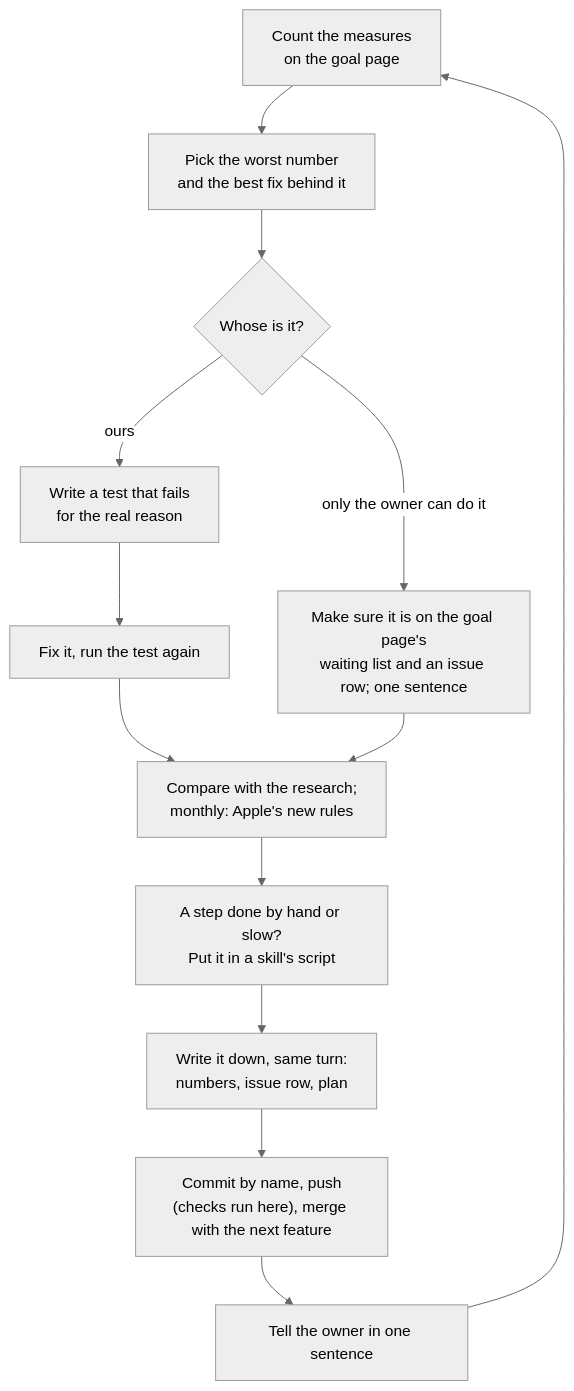
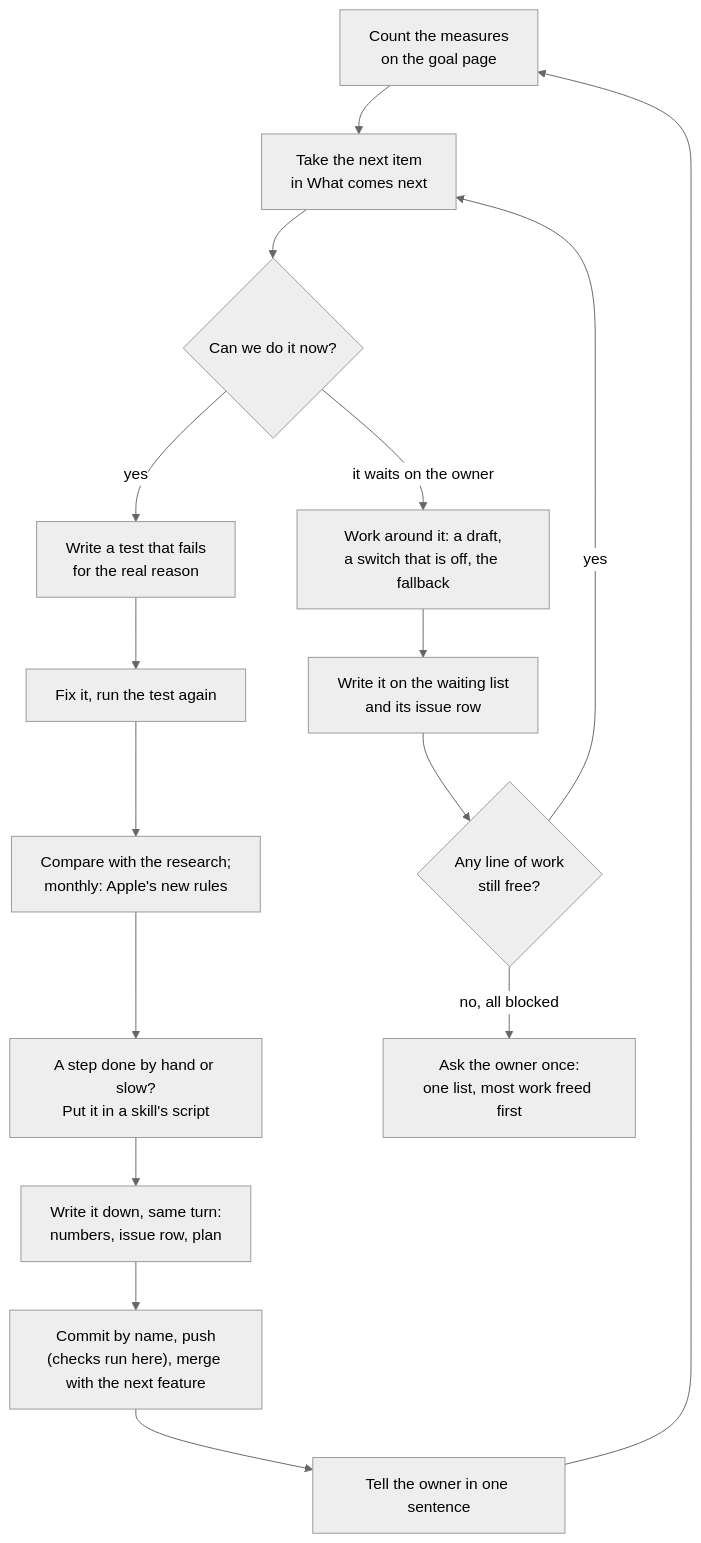
One commit to omars-lab/hifth changed the diagram in .claude/loop-prompts/operational-readiness.md. Above: the diagram before and after it, drawn with Mermaid (neutral theme). The commit also changed other lines of this file and 1 other file, not shown here.

First line of the commit message:
The launch goal says what is left by line of work, and where to start

````diff
--- a/.claude/loop-prompts/operational-readiness.md
+++ b/.claude/loop-prompts/operational-readiness.md
@@ -24,15 +36,18 @@
 ```mermaid
 flowchart TD
-  count["Count the measures<br/>on the goal page"] --> pick["Pick the worst number<br/>and the best fix behind it"]
-  pick --> kind{"Whose is it?"}
-  kind -- "ours" --> test["Write a test that fails<br/>for the real reason"]
+  count["Count the measures<br/>on the goal page"] --> pick["Take the next item<br/>in What comes next"]
+  pick --> kind{"Can we do it now?"}
+  kind -- "yes" --> test["Write a test that fails<br/>for the real reason"]
   test --> fix["Fix it, run the test again"]
-  kind -- "only the owner can do it" --> ask["Make sure it is on the goal page's<br/>waiting list and an issue row; one sentence"]
+  kind -- "it waits on the owner" --> around["Work around it: a draft,<br/>a switch that is off, the fallback"]
+  around --> log["Write it on the waiting list<br/>and its issue row"]
+  log --> other{"Any line of work<br/>still free?"}
+  other -- "yes" --> pick
+  other -- "no, all blocked" --> batch["Ask the owner once:<br/>one list, most work freed first"]
   fix --> compare["Compare with the research;<br/>monthly: Apple's new rules"]
-  ask --> compare
   compare --> setup["A step done by hand or slow?<br/>Put it in a skill's script"]
   setup --> record["Write it down, same turn:<br/>numbers, issue row, plan"]
   record --> ship["Commit by name, push<br/>(checks run here), merge with the next feature"]
   ship --> tell["Tell the owner in one sentence"]
   tell --> count
 ```
````
